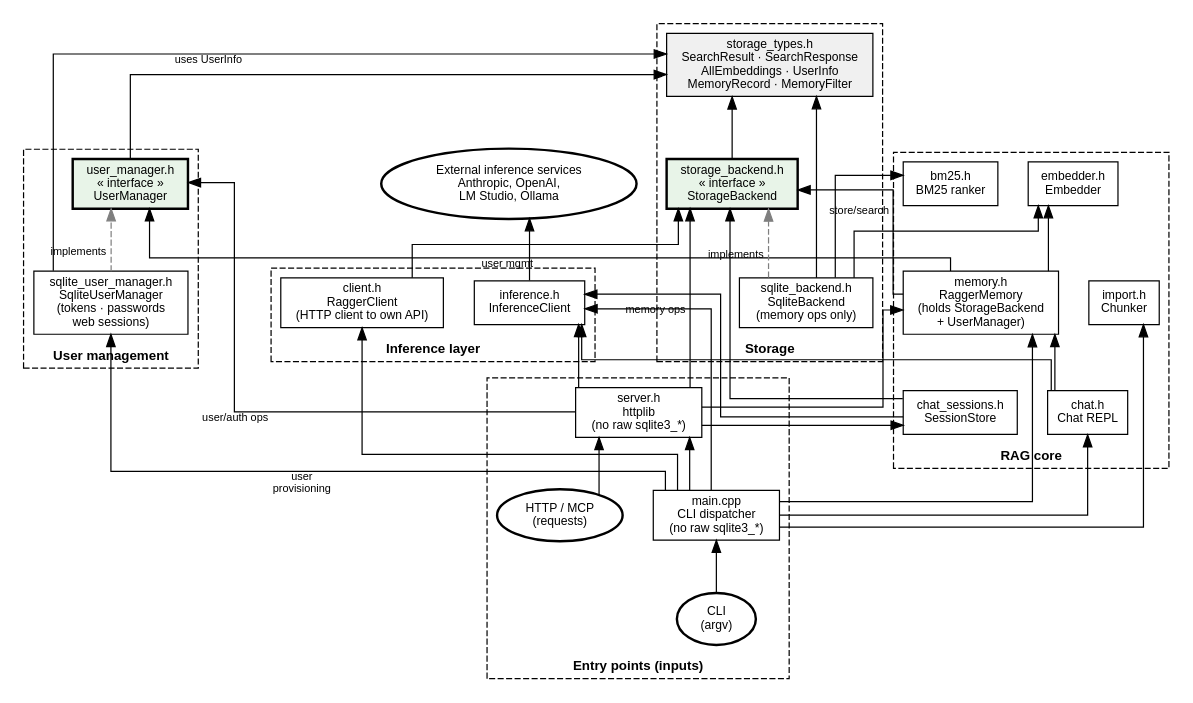
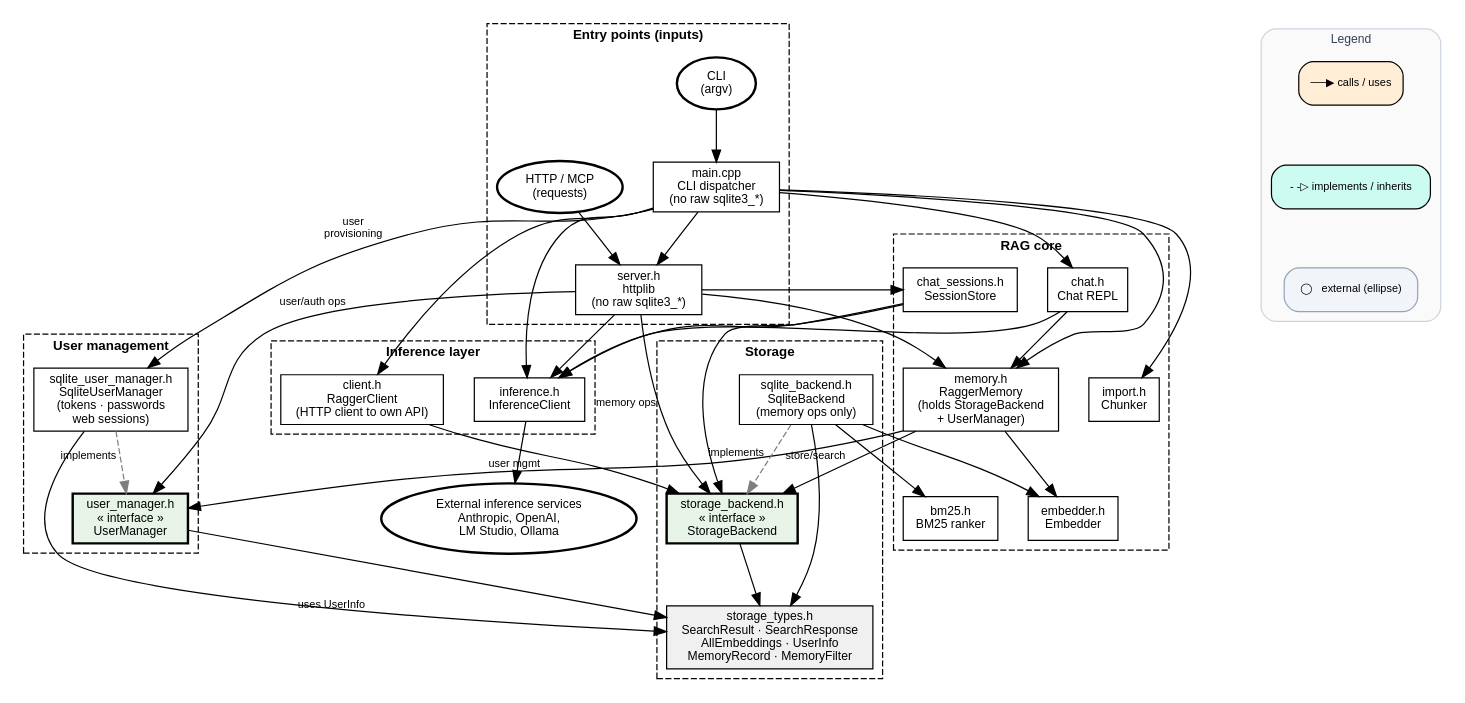
One commit to diskerror/ragger.cpp changed the diagram in docs/call-graph-4-16-v2.dot. Above: the diagram before and after it, drawn with Graphviz. The commit also changed 6 other files, not shown here.

```diff
--- a/docs/call-graph-4-16-v2.dot
+++ b/docs/call-graph-4-16-v2.dot
@@ -14,9 +14,9 @@
  //          dot -Tpng call-graph-4-16-v2.dot -o call-graph-4-16-v2.png
 
 digraph RaggerCallGraph_v2 {
-    rankdir = BT;
+    rankdir = TB;
     bgcolor = "white";
-    splines = ortho;
+    splines = spline;
     nodesep = 0.35;
     ranksep = 0.60;
     fontname = "Helvetica";
@@ -183,4 +183,21 @@
 
     // HTTP client calls back into own server
     client -> storage_backend;
+
+    // =============================================================
+    //  Legend
+    // =============================================================
+    subgraph cluster_legend {
+        label     = "Legend";
+        style     = "rounded,filled";
+        fillcolor = "#fafafa";
+        color     = "#cbd5e1";
+        fontcolor = "#334155";
+        fontsize  = 10;
+
+        l_use  [label="──▶ calls / uses",          shape=box, style="filled,rounded", fillcolor="#ffedd5",  fontsize=9];
+        l_impl [label="- -▷ implements / inherits", shape=box, style="filled,rounded", fillcolor="#ccfbf1",  fontsize=9];
+        l_ext  [label="◯   external (ellipse)",     shape=box, style="filled,rounded", fillcolor="#f1f5f9",  fontsize=9, color="#94a3b8"];
+        l_use -> l_impl -> l_ext [style=invis];
+    }
 }
```
